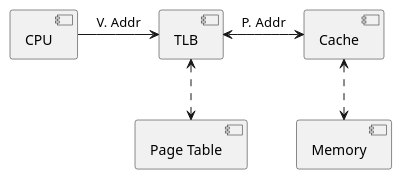
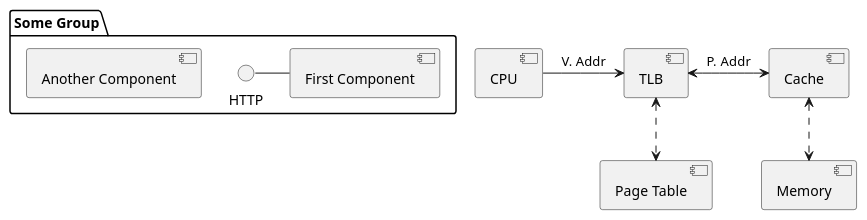
The diagram in Computer-Science/Page table.md (ashwinreddy/wiki), drawn with PlantUML before and after one commit.

Commit message:
Updated Page table.md (markdown)

```diff
--- a/Computer-Science/Page table.md
+++ b/Computer-Science/Page table.md
@@ -6,12 +6,18 @@
 @startuml
+
+package "Some Group" {
+  HTTP - [First Component]
+  [Another Component]
+}
+
 [CPU]
 [TLB]
 [Page Table]
 [Cache]
 [Memory]
 
 [CPU] -> [TLB]: V. Addr
 [TLB] <-> [Cache]: P. Addr
 [TLB] <..> [Page Table]
 [Cache] <..> [Memory]
 @enduml
```
